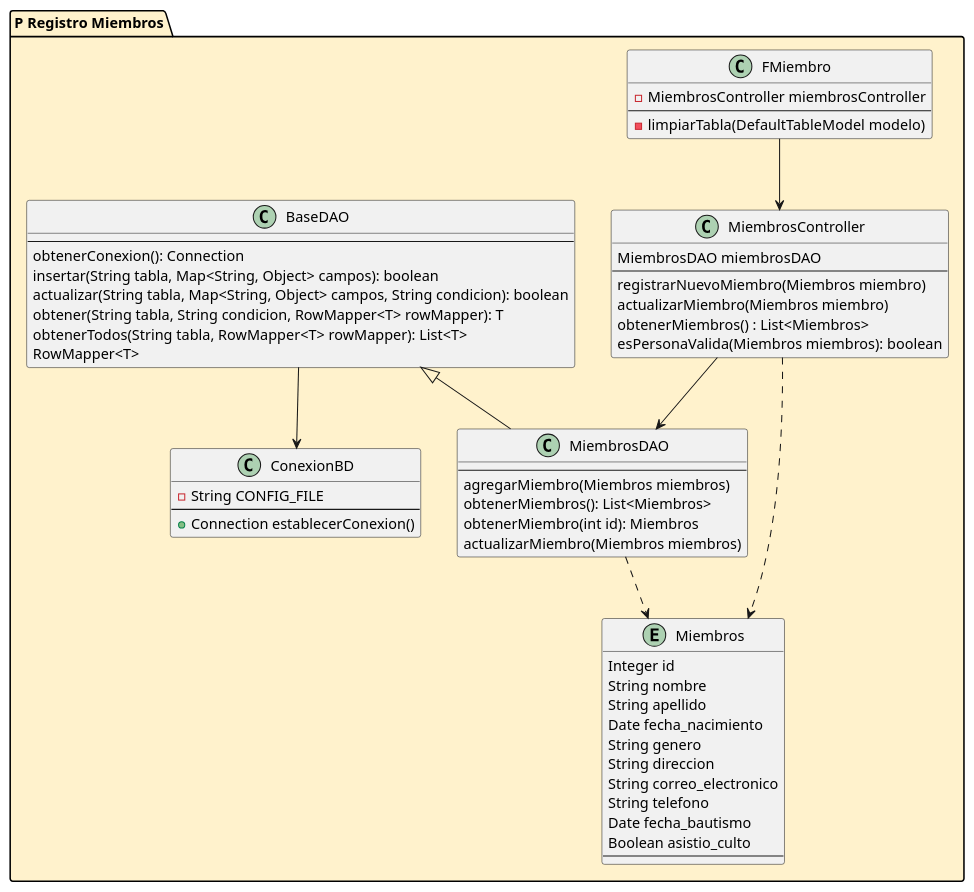
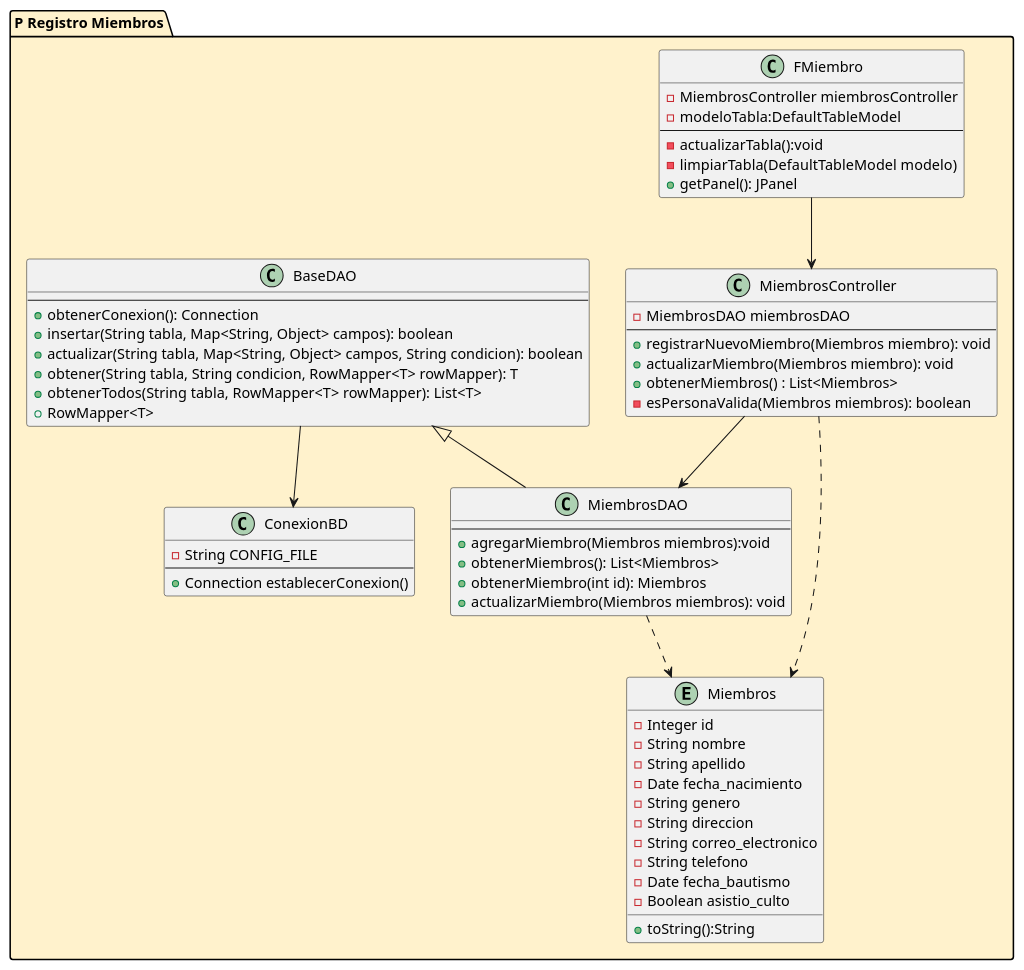
The diagram in src/utils/Mmiembro.puml (jeulate/proyig1), drawn with PlantUML before and after one commit. The commit also changed 28 other files, not shown here.

```diff
--- a/src/utils/Mmiembro.puml
+++ b/src/utils/Mmiembro.puml
@@ -1,62 +1,66 @@
 @startuml
 package "P Registro Miembros" #FFF2CC {
   class "FMiembro" as fmiembro {
   - MiembrosController miembrosController
+  - modeloTabla:DefaultTableModel
   --
+  -actualizarTabla():void
   -limpiarTabla(DefaultTableModel modelo)
+  + getPanel(): JPanel
   }
   class "MiembrosController" as ctrmiembro{
-  MiembrosDAO miembrosDAO
+  -MiembrosDAO miembrosDAO
   --
-  registrarNuevoMiembro(Miembros miembro)
-  actualizarMiembro(Miembros miembro)
-  obtenerMiembros() : List<Miembros>
-  esPersonaValida(Miembros miembros): boolean
+  +registrarNuevoMiembro(Miembros miembro): void
+  +actualizarMiembro(Miembros miembro): void
+  +obtenerMiembros() : List<Miembros>
+  -esPersonaValida(Miembros miembros): boolean
   }
 
   class "MiembrosDAO" as daomiembro{
   --
-  agregarMiembro(Miembros miembros)
-  obtenerMiembros(): List<Miembros>
-  obtenerMiembro(int id): Miembros
-  actualizarMiembro(Miembros miembros)
+  +agregarMiembro(Miembros miembros):void
+  +obtenerMiembros(): List<Miembros>
+  +obtenerMiembro(int id): Miembros
+  +actualizarMiembro(Miembros miembros): void
   }
 
   class "BaseDAO" as daobase {
   --
-  obtenerConexion(): Connection
-  insertar(String tabla, Map<String, Object> campos): boolean
-  actualizar(String tabla, Map<String, Object> campos, String condicion): boolean
-  obtener(String tabla, String condicion, RowMapper<T> rowMapper): T
-  obtenerTodos(String tabla, RowMapper<T> rowMapper): List<T>
-  RowMapper<T>
+  +obtenerConexion(): Connection
+  +insertar(String tabla, Map<String, Object> campos): boolean
+  +actualizar(String tabla, Map<String, Object> campos, String condicion): boolean
+  +obtener(String tabla, String condicion, RowMapper<T> rowMapper): T
+  +obtenerTodos(String tabla, RowMapper<T> rowMapper): List<T>
+  +RowMapper<T>
   }
    class "ConexionBD" as bdconexion{
      -String CONFIG_FILE
      --
      +Connection establecerConexion()
     }
   entity "Miembros" as miembros{
-      Integer id
-      String nombre
-      String apellido
-      Date fecha_nacimiento
-      String genero
-      String direccion
-      String correo_electronico
-      String telefono
-      Date fecha_bautismo
-      Boolean asistio_culto
-      --
+     -Integer id
+     -String nombre
+     -String apellido
+     -Date fecha_nacimiento
+     -String genero
+     -String direccion
+     -String correo_electronico
+     -String telefono
+     -Date fecha_bautismo
+     -Boolean asistio_culto
+      +toString():String
+
   }
 
   fmiembro --> ctrmiembro
   ctrmiembro --> daomiembro
   daobase <|-- daomiembro
   ctrmiembro ..> miembros
   daomiembro ..> miembros
   daobase --> bdconexion
 }
 
 
 @enduml
```
